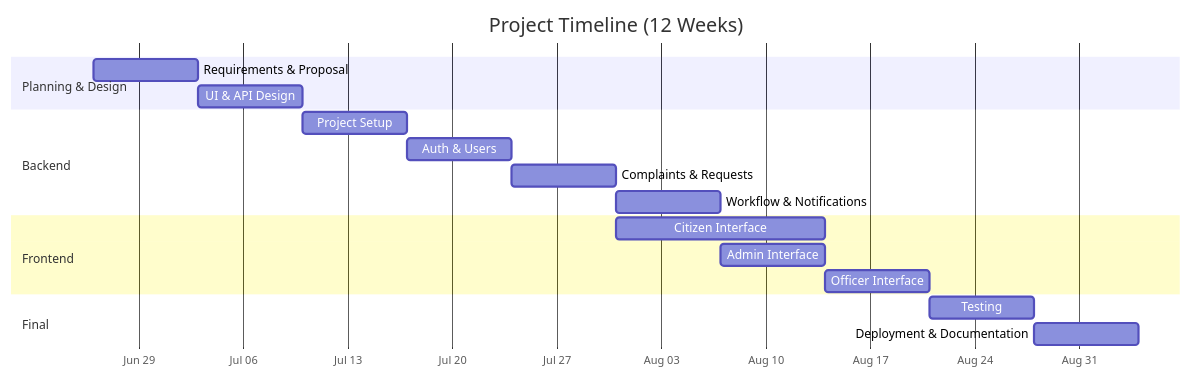
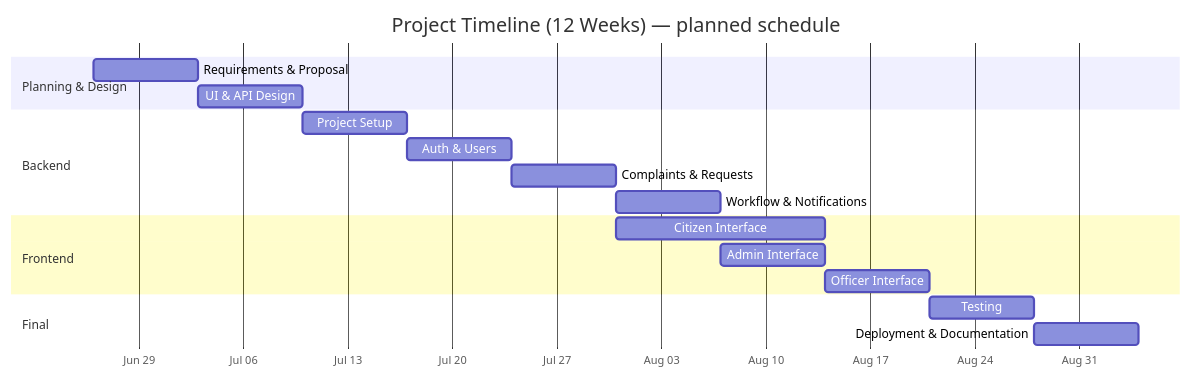
One commit to esmaelmohammed-ux/Adama-city-citizen-complaint-and-request-management-system changed the sixth of 7 diagrams in Project_Proposal_Web_Based_Citizen_Complaint_and_Service_Request.md. Above: the diagram before and after it, drawn with Mermaid. The commit also changed other lines of this file and 116 other files, not shown here.

````diff
--- a/Project_Proposal_Web_Based_Citizen_Complaint_and_Service_Request.md
+++ b/Project_Proposal_Web_Based_Citizen_Complaint_and_Service_Request.md
@@ -701,25 +919,25 @@
 ```mermaid
 gantt
-    title Project Timeline (12 Weeks)
+    title Project Timeline (12 Weeks) — planned schedule
     dateFormat YYYY-MM-DD
     axisFormat %b %d
 
     section Planning & Design
     Requirements & Proposal     :a1, 2025-06-26, 7d
     UI & API Design             :a2, after a1, 7d
 
     section Backend
     Project Setup               :b1, after a2, 7d
     Auth & Users                :b2, after b1, 7d
     Complaints & Requests       :b3, after b2, 7d
     Workflow & Notifications    :b4, after b3, 7d
 
     section Frontend
     Citizen Interface           :c1, after b3, 14d
     Admin Interface             :c2, after b4, 7d
     Officer Interface           :c3, after c2, 7d
 
     section Final
     Testing                     :d1, after c3, 7d
     Deployment & Documentation  :d2, after d1, 7d
 ```
````
